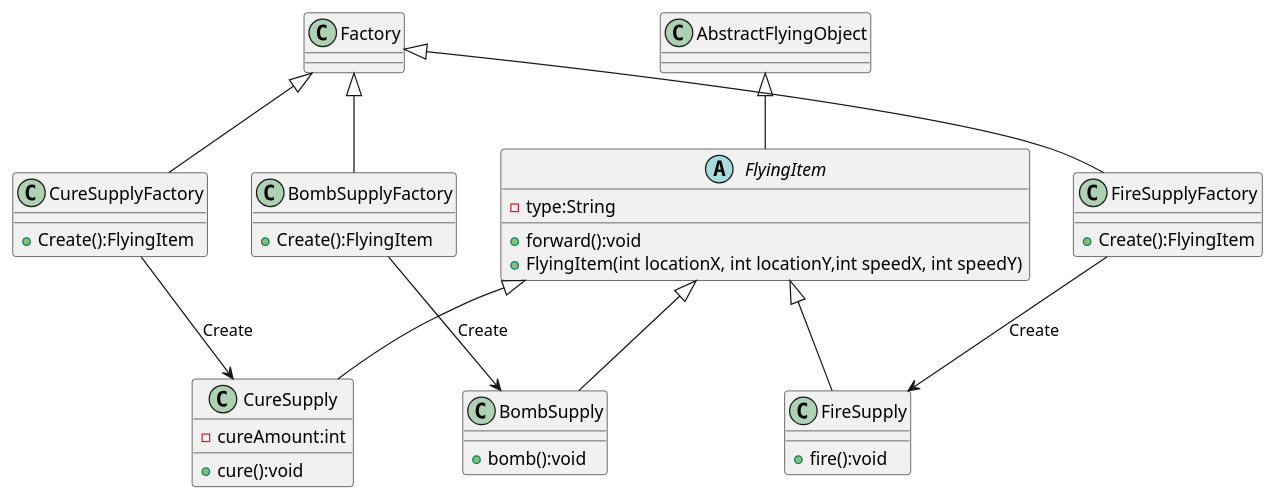
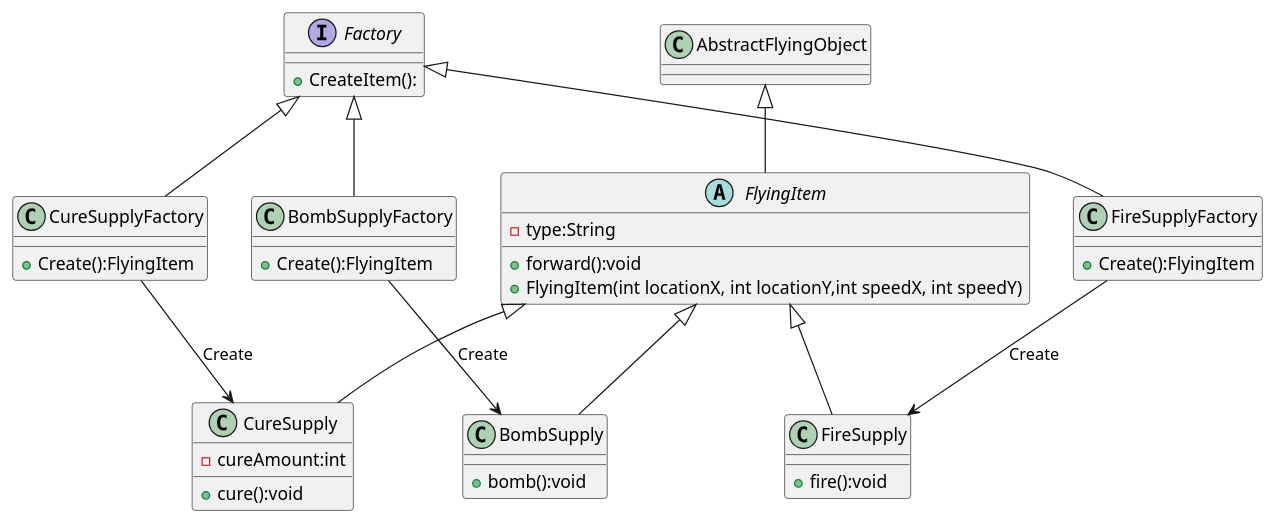
The diagram in uml/ItemFactory.puml (Requalvia/AircraftWarGame), drawn with PlantUML before and after one commit. The commit also changed 12 other files, not shown here.

```diff
--- a/uml/ItemFactory.puml
+++ b/uml/ItemFactory.puml
@@ -1,38 +1,41 @@
 @startuml
 'https://plantuml.com/class-diagram
 Factory<|--CureSupplyFactory
 Factory<|--FireSupplyFactory
 Factory<|--BombSupplyFactory
 CureSupplyFactory-->CureSupply:Create
 FireSupplyFactory-->FireSupply:Create
 BombSupplyFactory-->BombSupply:Create
+interface Factory{
+    +CreateItem():
+}
 class CureSupplyFactory{
     +Create():FlyingItem
 }
 class FireSupplyFactory{
     +Create():FlyingItem
 }
 class BombSupplyFactory{
     +Create():FlyingItem
 }
 AbstractFlyingObject <|-- FlyingItem
 abstract class FlyingItem{
     - type:String
     +forward():void
     + FlyingItem(int locationX, int locationY,int speedX, int speedY)
 
 }
 FlyingItem <|-- CureSupply
 FlyingItem <|-- FireSupply
 FlyingItem <|-- BombSupply
 class CureSupply{
     -cureAmount:int
     +cure():void
 }
 class FireSupply{
     +fire():void
 }
 class BombSupply{
     +bomb():void
 }
 @enduml
```
